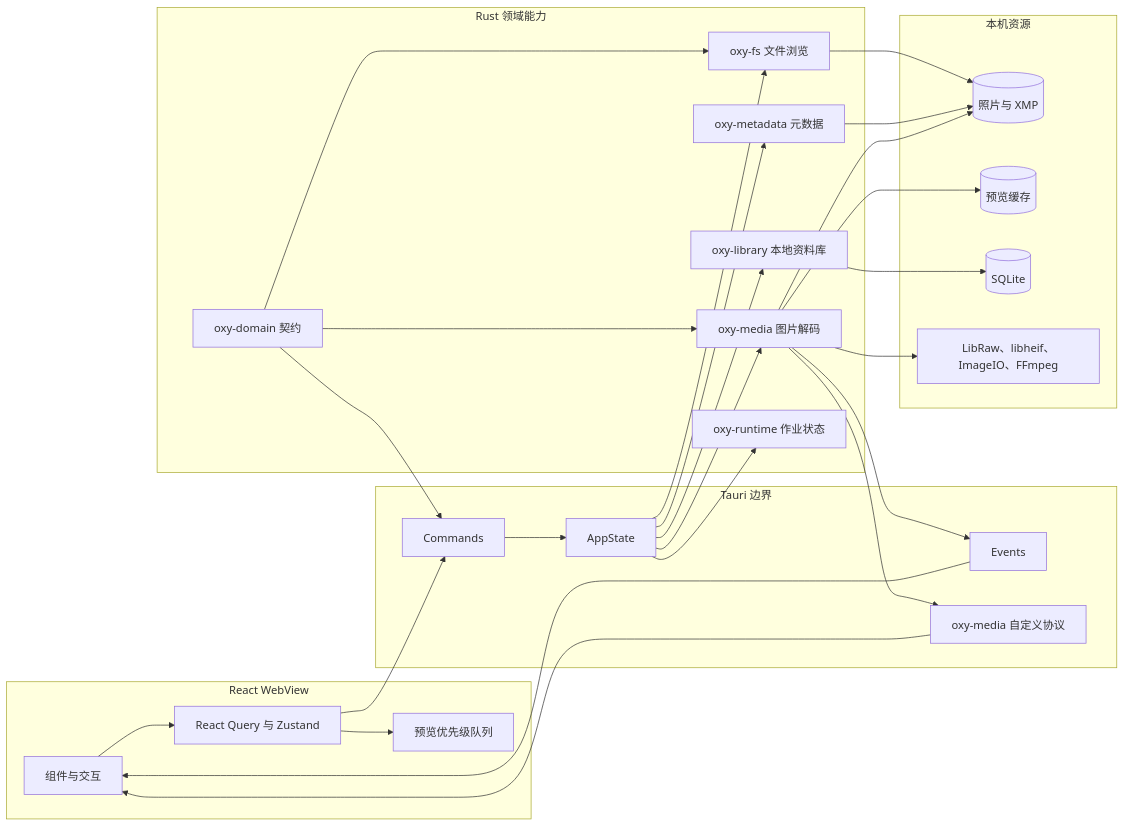
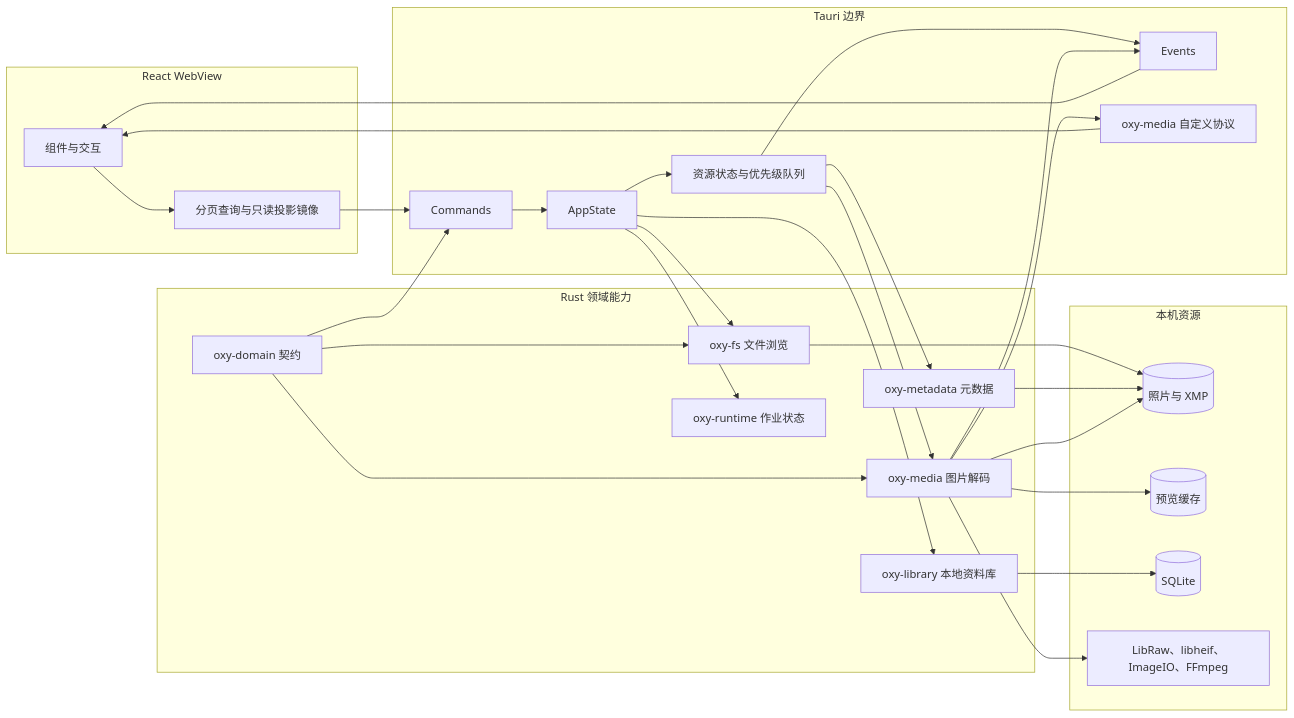
Before and after one commit to oxygenkun/oxyviewer: the first of 3 diagrams in docs/ARCHITECTURE.md, drawn with Mermaid. The commit also changed other lines of this file and 33 other files, not shown here.

````diff
--- a/docs/ARCHITECTURE.md
+++ b/docs/ARCHITECTURE.md
@@ -72,54 +77,55 @@
 ```mermaid
 flowchart LR
     subgraph uiLayer["React WebView"]
         reactUi["组件与交互"]
-        queryState["React Query 与 Zustand"]
-        previewQueue["预览优先级队列"]
+        queryState["分页查询与只读投影镜像"]
     end
 
     subgraph bridgeLayer["Tauri 边界"]
         commands["Commands"]
         events["Events"]
         mediaProtocol["oxy-media 自定义协议"]
         appState["AppState"]
+        resourceCoordinator["资源状态与优先级队列"]
     end
 
     subgraph coreLayer["Rust 领域能力"]
         domain["oxy-domain 契约"]
         fsCrate["oxy-fs 文件浏览"]
         mediaCrate["oxy-media 图片解码"]
         metadataCrate["oxy-metadata 元数据"]
         libraryCrate["oxy-library 本地资料库"]
         runtimeCrate["oxy-runtime 作业状态"]
     end
 
     subgraph localData["本机资源"]
         photoFiles[("照片与 XMP")]
         previewCache[("预览缓存")]
         sqliteDb[("SQLite")]
         nativeDecoders["LibRaw、libheif、ImageIO、FFmpeg"]
     end
 
     reactUi --> queryState
-    queryState --> previewQueue
     queryState --> commands
     events --> reactUi
     mediaProtocol --> reactUi
     commands --> appState
+    appState --> resourceCoordinator
+    resourceCoordinator --> events
     appState --> fsCrate
-    appState --> mediaCrate
-    appState --> metadataCrate
+    resourceCoordinator --> mediaCrate
+    resourceCoordinator --> metadataCrate
     appState --> libraryCrate
     appState --> runtimeCrate
     domain --> commands
     domain --> fsCrate
     domain --> mediaCrate
     fsCrate --> photoFiles
     metadataCrate --> photoFiles
     mediaCrate --> photoFiles
     mediaCrate --> previewCache
     mediaCrate --> nativeDecoders
     libraryCrate --> sqliteDb
     mediaCrate --> events
     mediaCrate --> mediaProtocol
 ```
````
